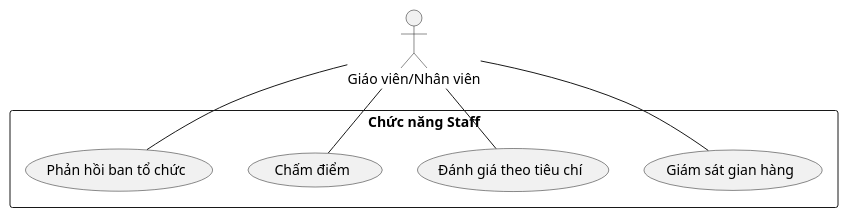
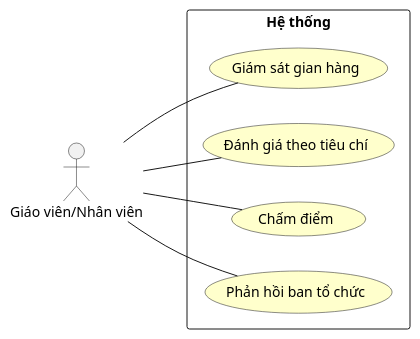
The sixth of 8 diagrams in README.md (DavidSatoh/CNPM-school-food-festivals), drawn with PlantUML before and after one commit. The commit also changed other lines of this file, not shown here.

````diff
--- a/README.md
+++ b/README.md
@@ -356,17 +381,29 @@
 ```plantuml
-@startuml
+@startuml "Biểu đồ Use Case chức năng Staff"
+
+skinparam usecase {
+    BackgroundColor BUSINESS
+}
+
+skinparam note {
+    BackgroundColor LightSkyBlue
+}
+
+left to right direction
+
 actor "Giáo viên/Nhân viên" as Staff
 
-rectangle "Chức năng Staff" {
-  usecase "Giám sát gian hàng" as UC1
-  usecase "Đánh giá theo tiêu chí" as UC2
-  usecase "Chấm điểm" as UC3
-  usecase "Phản hồi ban tổ chức" as UC4
+rectangle "Hệ thống" {
+    usecase "Giám sát gian hàng" as MonitorBooth
+    usecase "Đánh giá theo tiêu chí" as EvaluateCriteria
+    usecase "Chấm điểm" as Score
+    usecase "Phản hồi ban tổ chức" as FeedbackOrg
 }
 
-Staff -- UC1
-Staff -- UC2
-Staff -- UC3
-Staff -- UC4
+Staff -- MonitorBooth
+Staff -- EvaluateCriteria
+Staff -- Score
+Staff -- FeedbackOrg
+
 @enduml
 ```
````
